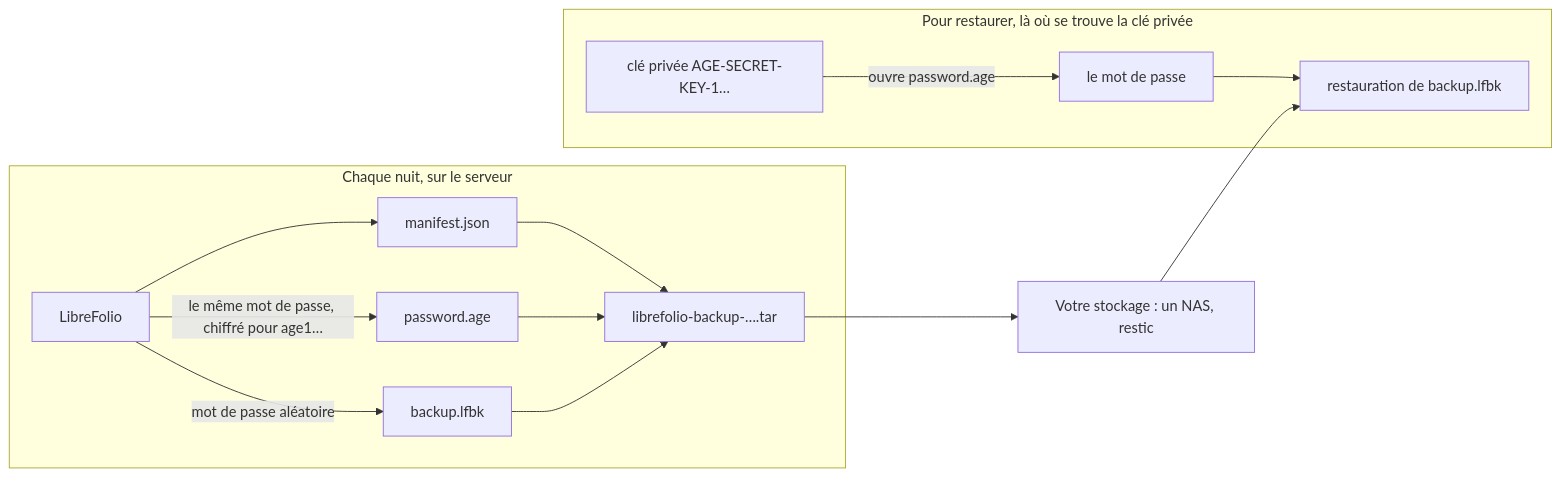
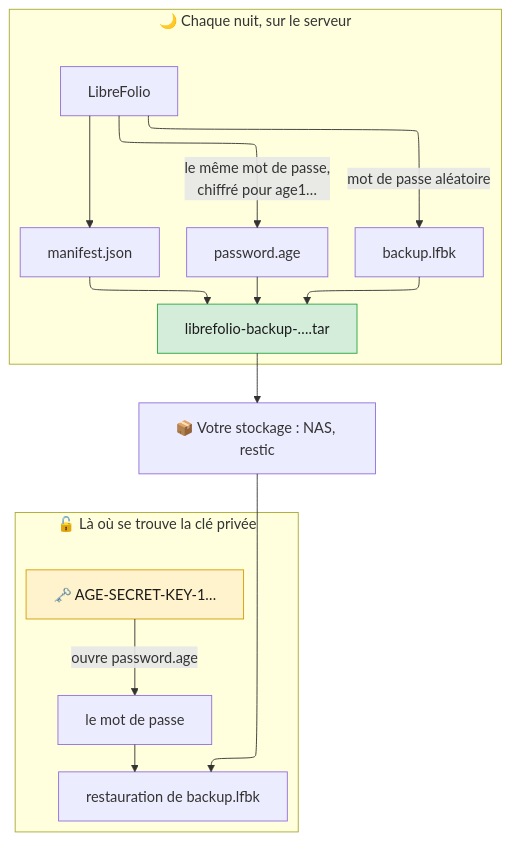
The diagram in mkdocs_src/docs/admin/backup_sealed.fr.md (Librefolio/LibreFolio), drawn with Mermaid before and after one commit. The commit also changed other lines of this file and 2 other files, not shown here.

Commit message:
docs(admin): backup_sealed translated by hand from the Italian page into English, French and Spanish

````diff
--- a/mkdocs_src/docs/admin/backup_sealed.fr.md
+++ b/mkdocs_src/docs/admin/backup_sealed.fr.md
@@ -28,17 +20,21 @@
 ```mermaid
-flowchart LR
-    subgraph night["Chaque nuit, sur le serveur"]
-        LF["LibreFolio"] -->|"mot de passe aléatoire"| ENV["backup.lfbk"]
-        LF -->|"le même mot de passe, chiffré pour age1…"| PWD["password.age"]
+---
+config:
+  layout: elk
+---
+flowchart TD
+    subgraph server["🌙 Chaque nuit, sur le serveur"]
+        LF["LibreFolio"] -->|"mot de passe aléatoire"| LFBK["backup.lfbk"]
+        LF -->|"le même mot de passe,<br>chiffré pour age1…"| PAGE["password.age"]
         LF --> MAN["manifest.json"]
-        MAN --> TAR["librefolio-backup-….tar"]
-        PWD --> TAR
-        ENV --> TAR
+        LFBK & PAGE & MAN --> TAR["librefolio-backup-….tar"]
     end
-    TAR --> STORE["Votre stockage : un NAS, restic"]
-    subgraph restore["Pour restaurer, là où se trouve la clé privée"]
-        KEY["clé privée AGE-SECRET-KEY-1…"] -->|"ouvre password.age"| PASS["le mot de passe"]
+    TAR --> STORE["📦 Votre stockage : NAS, restic"]
+    subgraph restore["🔓 Là où se trouve la clé privée"]
+        KEY["🗝️ AGE-SECRET-KEY-1…"] -->|"ouvre password.age"| PASS["le mot de passe"]
         PASS --> RES["restauration de backup.lfbk"]
     end
     STORE --> RES
+    style KEY fill:#fff3cd,color:#1b1b1b,stroke:#d39e00
+    style TAR fill:#d4edda,color:#1b1b1b,stroke:#28a745
 ```
````
